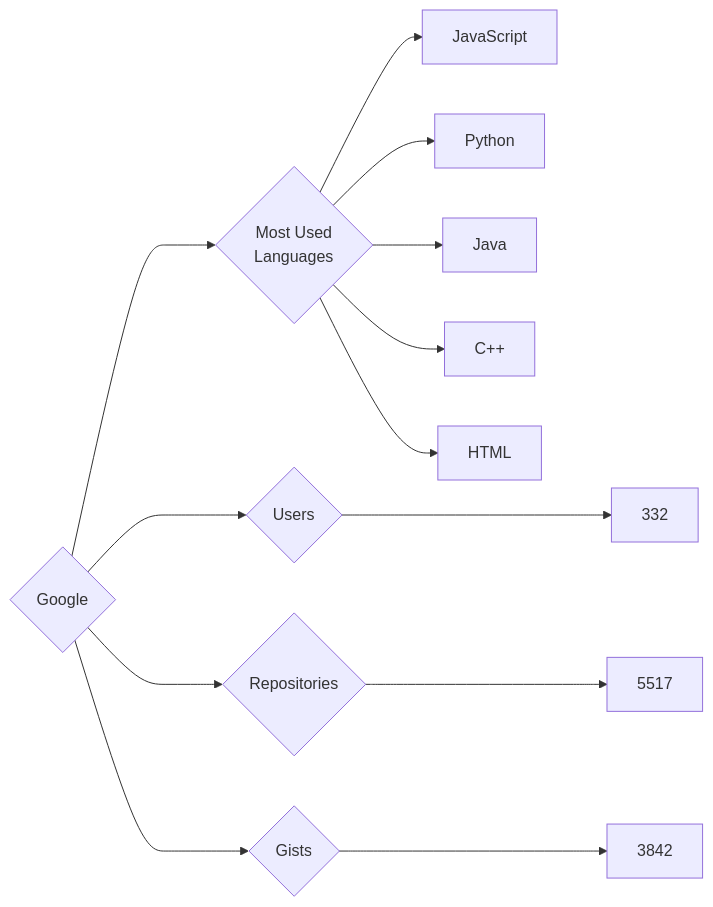
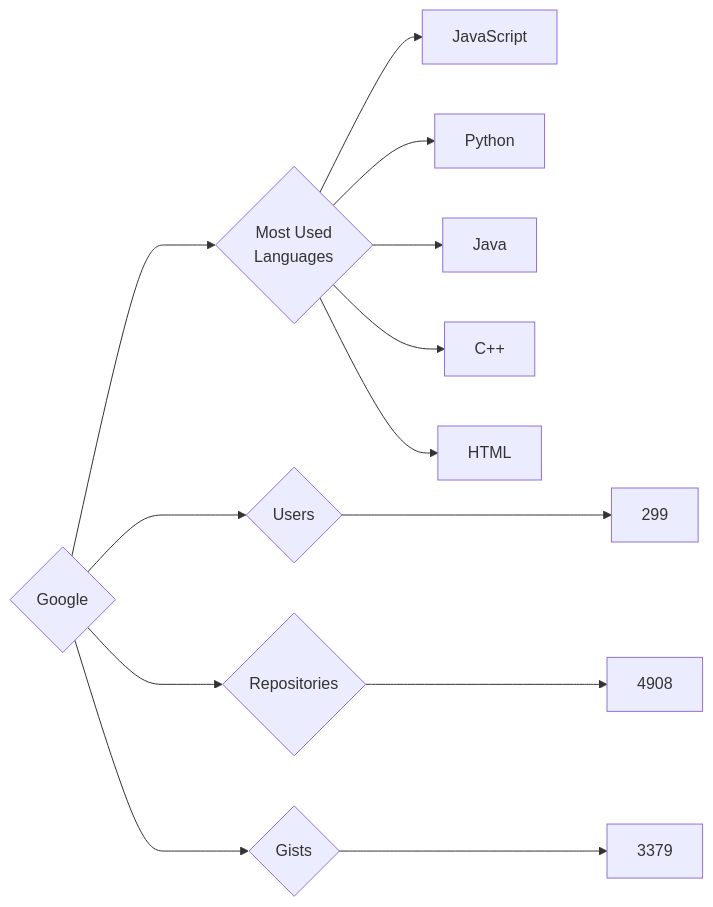
Before and after one commit to trickest/insiders: the diagram in targets/Google/README.md, drawn with Mermaid. The commit also changed 736 other files, not shown here.

````diff
--- a/targets/Google/README.md
+++ b/targets/Google/README.md
@@ -3,13 +3,13 @@
 ```mermaid
 graph LR
 COMPANY_NAME{Google}
-COMPANY_NAME ---> U{Users} ---> UN[332]
-COMPANY_NAME ---> R{Repositories} ---> RN[5517]
-COMPANY_NAME ---> G{Gists} ---> GN[3842]
+COMPANY_NAME ---> U{Users} ---> UN[299]
+COMPANY_NAME ---> R{Repositories} ---> RN[4908]
+COMPANY_NAME ---> G{Gists} ---> GN[3379]
 COMPANY_NAME ---> ML{Most Used<br>Languages}
 ML --> JavaScript[JavaScript]
 ML --> Python[Python]
 ML --> Java[Java]
 ML --> C++[C++]
 ML --> HTML[HTML]
 ```
````
